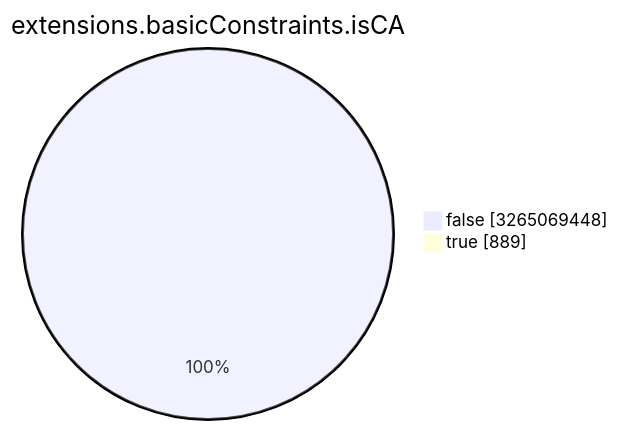
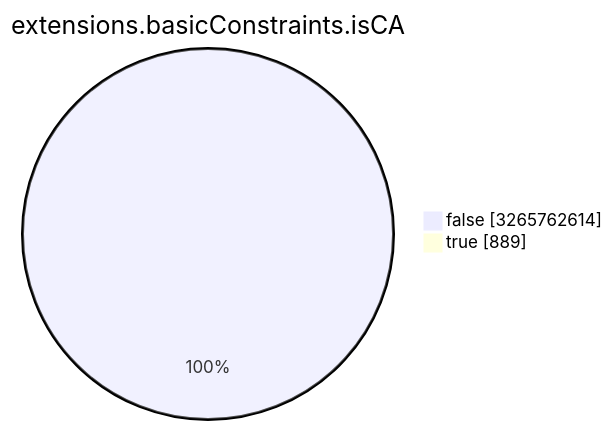
Before and after one commit to christiankrug/ctmonitor_visualization: the seventh of 15 diagrams in TOTAL/README.md, drawn with Mermaid. The commit also changed other lines of this file, not shown here.

````diff
--- a/TOTAL/README.md
+++ b/TOTAL/README.md
@@ -3089,6 +3089,6 @@
 ```mermaid
 pie showData
 title extensions.basicConstraints.isCA
-"false" :3265069448
+"false" :3265762614
 "true" :889
 ```
````
